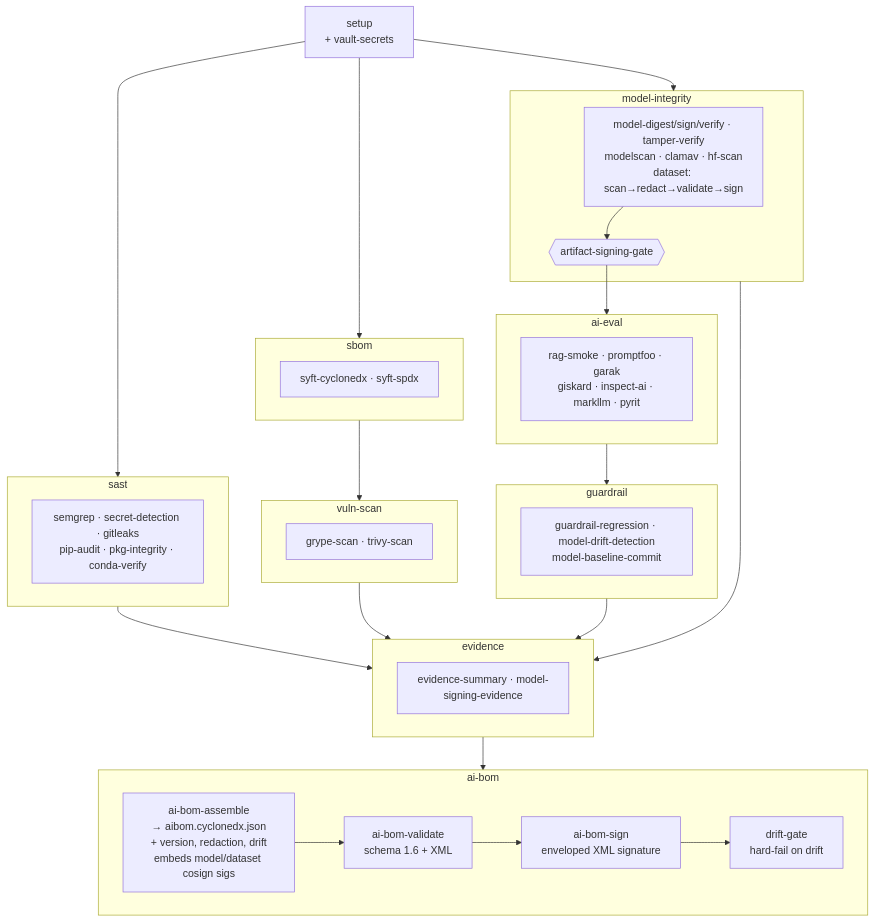
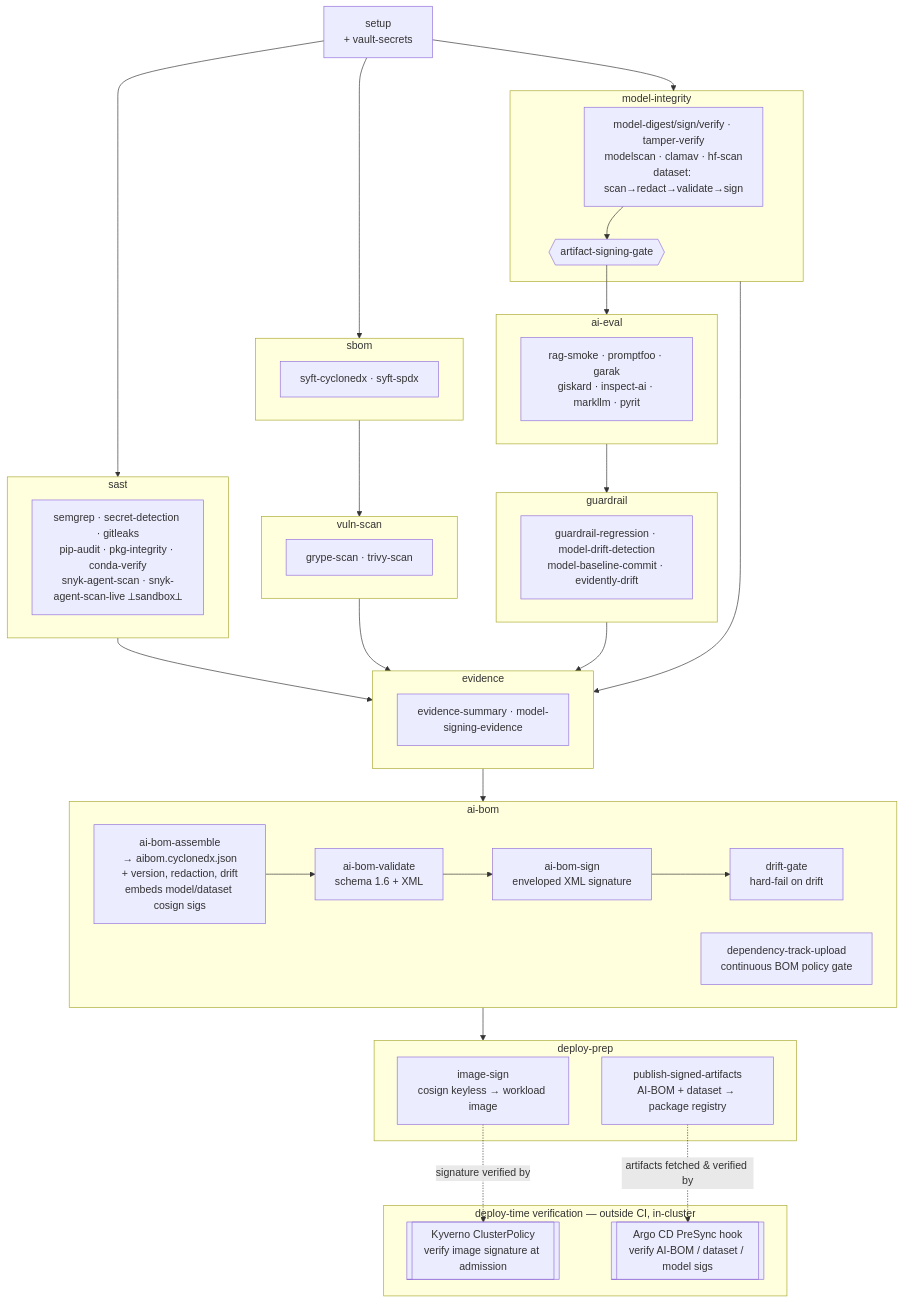
One commit to Nate-Carroll-Cyber/mlsecdevops-pipeline-example changed the diagram in docs/gaips-materials/README.md. Above: the diagram before and after it, drawn with Mermaid. The commit also changed other lines of this file and 1 other file, not shown here.

First line of the commit message:
docs(gaips): document deploy-prep + agent-scan; add process flow charts

````diff
--- a/docs/gaips-materials/README.md
+++ b/docs/gaips-materials/README.md
@@ -78,37 +78,49 @@
 ```mermaid
 flowchart TD
     setup[setup<br/>+ vault-secrets]
 
     subgraph SAST [sast]
-      sast_jobs[semgrep · secret-detection · gitleaks<br/>pip-audit · pkg-integrity · conda-verify]
+      sast_jobs[semgrep · secret-detection · gitleaks<br/>pip-audit · pkg-integrity · conda-verify<br/>snyk-agent-scan · snyk-agent-scan-live ⟂sandbox⟂]
     end
     subgraph SBOM [sbom]
       sbom_jobs[syft-cyclonedx · syft-spdx]
     end
     subgraph VULN [vuln-scan]
       vuln_jobs[grype-scan · trivy-scan]
     end
     subgraph MI [model-integrity]
       mi_jobs[model-digest/sign/verify · tamper-verify<br/>modelscan · clamav · hf-scan<br/>dataset: scan→redact→validate→sign]
       gate{{artifact-signing-gate}}
       mi_jobs --> gate
     end
     subgraph EVAL [ai-eval]
       eval_jobs[rag-smoke · promptfoo · garak<br/>giskard · inspect-ai · markllm · pyrit]
     end
     subgraph GUARD [guardrail]
-      guard_jobs[guardrail-regression · model-drift-detection<br/>model-baseline-commit]
+      guard_jobs[guardrail-regression · model-drift-detection<br/>model-baseline-commit · evidently-drift]
     end
     subgraph EVID [evidence]
       evid_jobs[evidence-summary · model-signing-evidence]
     end
     subgraph AIBOM [ai-bom]
       assemble[ai-bom-assemble<br/>→ aibom.cyclonedx.json<br/>+ version, redaction, drift<br/>embeds model/dataset cosign sigs] --> validate[ai-bom-validate<br/>schema 1.6 + XML] --> aibom_sign[ai-bom-sign<br/>enveloped XML signature] --> drift_gate[drift-gate<br/>hard-fail on drift]
+      dtrack[dependency-track-upload<br/>continuous BOM policy gate]
+    end
+    subgraph DEPLOY [deploy-prep]
+      imgsign[image-sign<br/>cosign keyless → workload image]
+      publish[publish-signed-artifacts<br/>AI-BOM + dataset → package registry]
+    end
+    subgraph VERIFY [deploy-time verification — outside CI, in-cluster]
+      kyverno[[Kyverno ClusterPolicy<br/>verify image signature at admission]]
+      presync[[Argo CD PreSync hook<br/>verify AI-BOM / dataset / model sigs]]
     end
 
     setup --> SAST & SBOM & MI
     SBOM --> VULN
     gate --> EVAL --> GUARD
     SAST & VULN & GUARD & MI --> EVID
     EVID --> AIBOM
+    AIBOM --> DEPLOY
+    imgsign -. "signature verified by" .-> kyverno
+    publish -. "artifacts fetched & verified by" .-> presync
 ```
````
